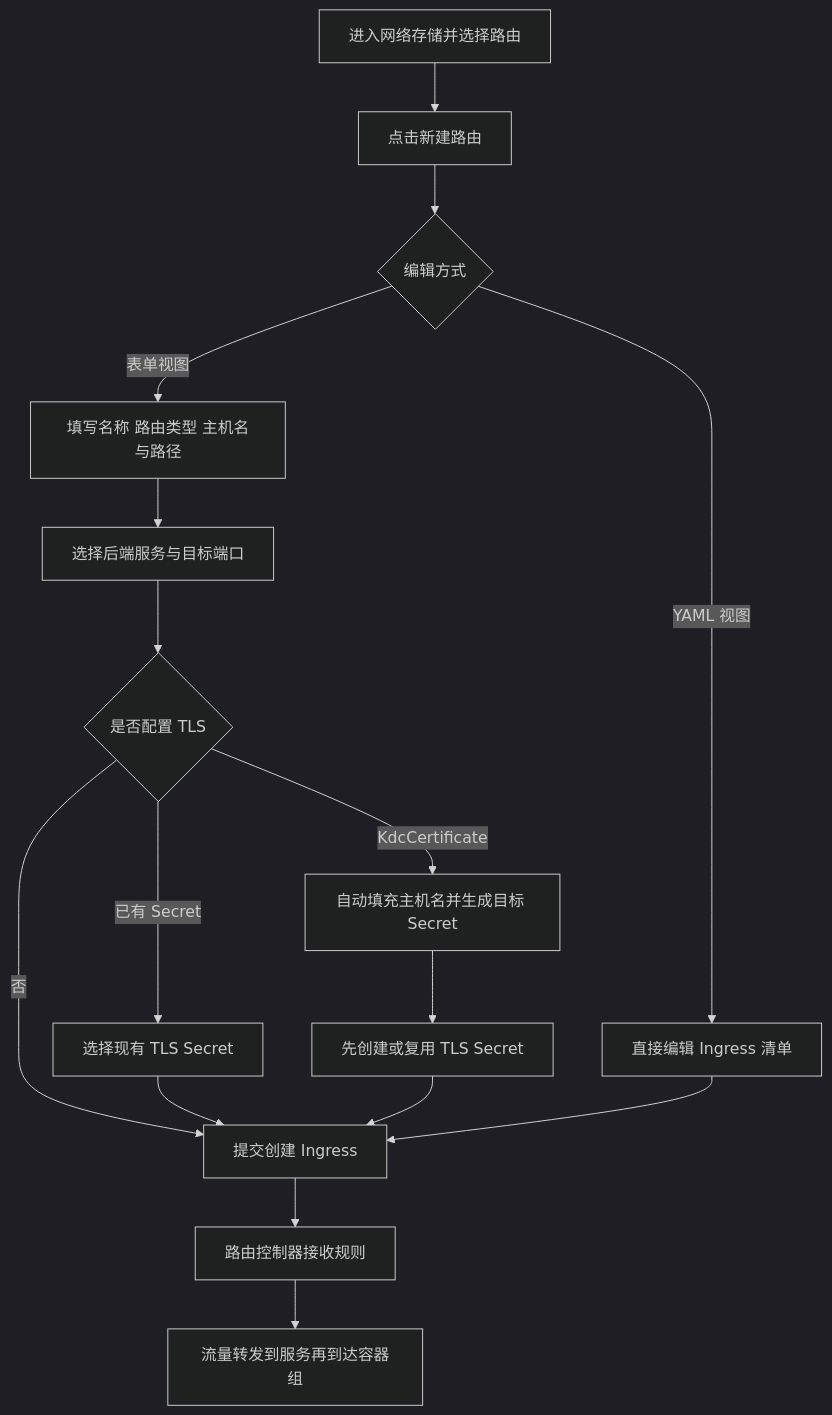
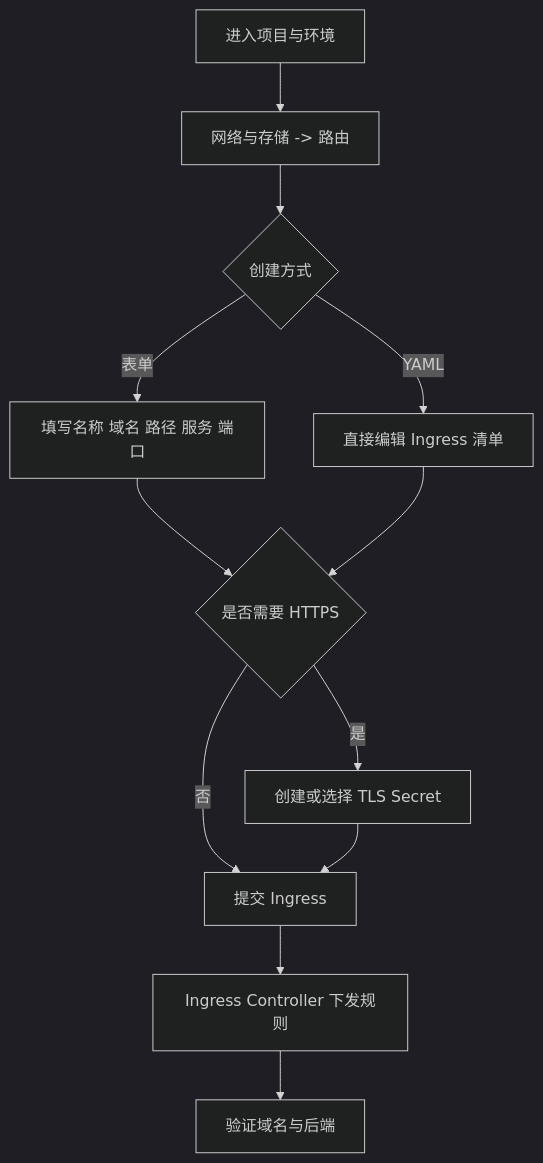
One commit to kube-do/kdo changed the second of 2 diagrams in site-docs/developer/network-storage/ingress/index.md. Above: the diagram before and after it, drawn with Mermaid (dark theme). The commit also changed other lines of this file and 1 other file, not shown here.

Commit message:
docs: expand pod and ingress guides

````diff
--- a/site-docs/developer/network-storage/ingress/index.md
+++ b/site-docs/developer/network-storage/ingress/index.md
@@ -25,18 +44,14 @@
 ```mermaid
 flowchart TD
-    A[进入网络存储并选择路由] --> B[点击新建路由]
-    B --> C{编辑方式}
-    C -->|表单视图| D[填写名称 路由类型 主机名与路径]
-    C -->|YAML 视图| E[直接编辑 Ingress 清单]
-    D --> F[选择后端服务与目标端口]
-    F --> G{是否配置 TLS}
-    G -->|否| H[提交创建 Ingress]
-    G -->|已有 Secret| I[选择现有 TLS Secret]
-    G -->|KdcCertificate| J[自动填充主机名并生成目标 Secret]
-    I --> H
-    J --> K[先创建或复用 TLS Secret]
-    K --> H
-    E --> H
-    H --> L[路由控制器接收规则]
-    L --> M[流量转发到服务再到达容器组]
+    A[进入项目与环境] --> B[网络与存储 -> 路由]
+    B --> C{创建方式}
+    C -->|表单| D[填写名称 域名 路径 服务 端口]
+    C -->|YAML| E[直接编辑 Ingress 清单]
+    D --> F{是否需要 HTTPS}
+    E --> F
+    F -->|是| G[创建或选择 TLS Secret]
+    F -->|否| H[提交 Ingress]
+    G --> H
+    H --> I[Ingress Controller 下发规则]
+    I --> J[验证域名与后端]
 ```
````
